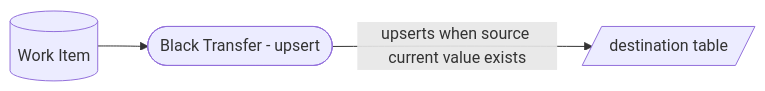
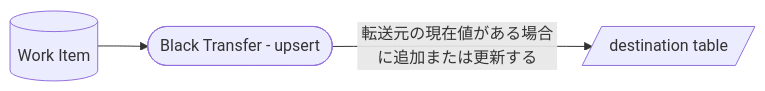
The eighth of 9 diagrams in packages/transfer/docs/processes/transfer-execution-process.md (mk3008/rawsql-ts), drawn with Mermaid before and after one commit. The commit also changed other lines of this file and 70 other files, not shown here.

````diff
--- a/packages/transfer/docs/processes/transfer-execution-process.md
+++ b/packages/transfer/docs/processes/transfer-execution-process.md
@@ -152,9 +134,9 @@
 ```mermaid
 flowchart LR
   WorkItem[("Work Item")]
   BlackTransfer(["Black Transfer - upsert"])
   DestinationTable[/"destination table"/]
 
   WorkItem --> BlackTransfer
-  BlackTransfer -->|"upserts when source current value exists"| DestinationTable
+  BlackTransfer -->|"転送元の現在値がある場合に追加または更新する"| DestinationTable
 ```
````
